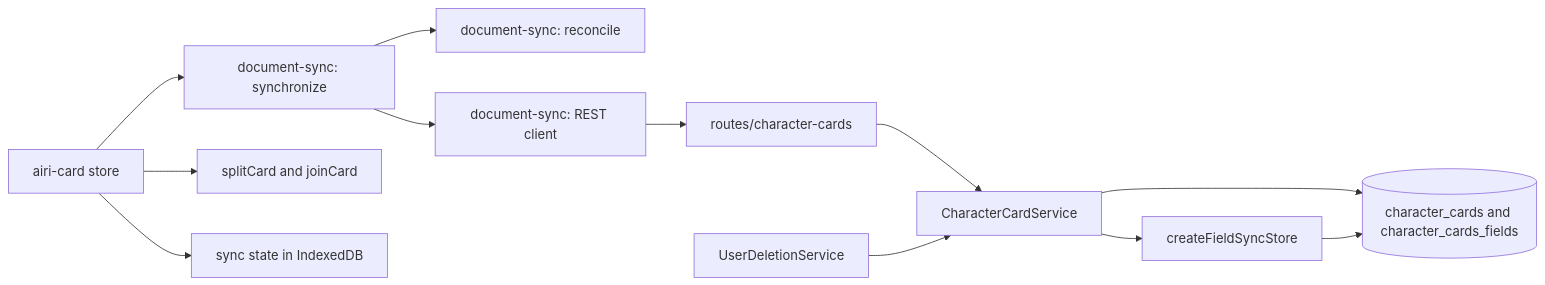
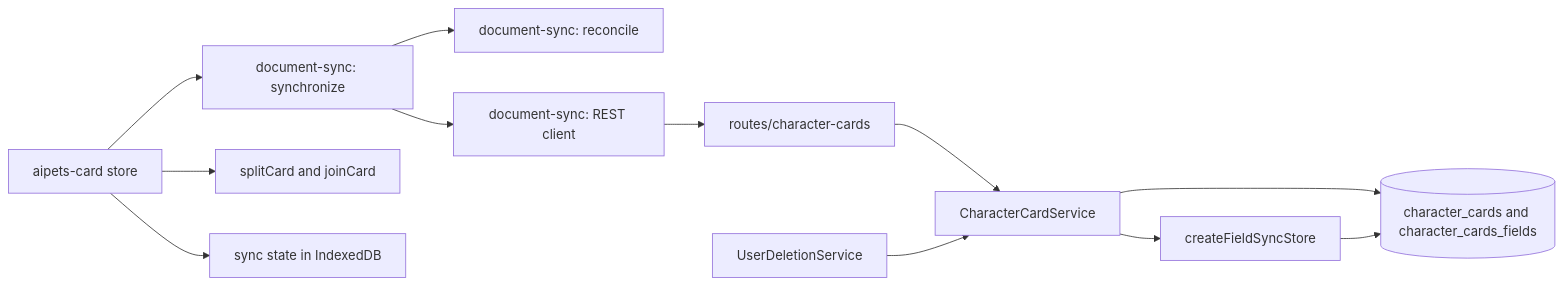
The first of 2 diagrams in server/docs/ai/adr/2026-10-06-document-sync.md (kallen-noelle/AIPets), drawn with Mermaid before and after one commit. The commit also changed other lines of this file and 55 other files, not shown here.

Commit message:
refactor(server): rename airi to aipets in auth and shared server packages

````diff
--- a/server/docs/ai/adr/2026-10-06-document-sync.md
+++ b/server/docs/ai/adr/2026-10-06-document-sync.md
@@ -150,14 +150,14 @@
 ```mermaid
 flowchart LR
-  Cards[airi-card store] --> Sync[document-sync: synchronize]
+  Cards[aipets-card store] --> Sync[document-sync: synchronize]
   Cards --> Fields[splitCard and joinCard]
   Cards --> Repo[sync state in IndexedDB]
   Sync --> Reconcile[document-sync: reconcile]
   Sync --> Client[document-sync: REST client]
   Client --> Routes[routes/character-cards]
   Routes --> Service[CharacterCardService]
   Service --> Engine[createFieldSyncStore]
   Service --> Tables[(character_cards and character_cards_fields)]
   Engine --> Tables
   Deletion[UserDeletionService] --> Service
 ```
````
